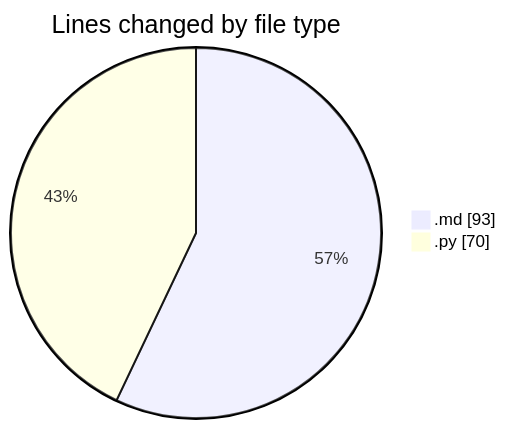
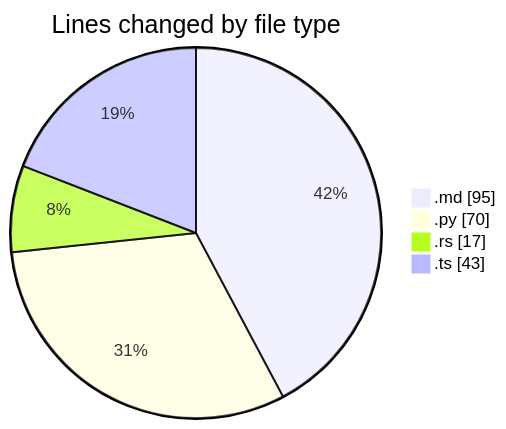
One commit to ernivani/code-tracking changed the first of 2 diagrams in repositories/2024-12-28/leetcode-solutions/README.md. Above: the diagram before and after it, drawn with Mermaid. The commit also changed other lines of this file and 1 other file, not shown here.

````diff
--- a/repositories/2024-12-28/leetcode-solutions/README.md
+++ b/repositories/2024-12-28/leetcode-solutions/README.md
@@ -22,6 +24,8 @@
 ```mermaid
 pie showData
 title Lines changed by file type
-".md" : 93
+".md" : 95
 ".py" : 70
+".rs" : 17
+".ts" : 43
 ```
````
